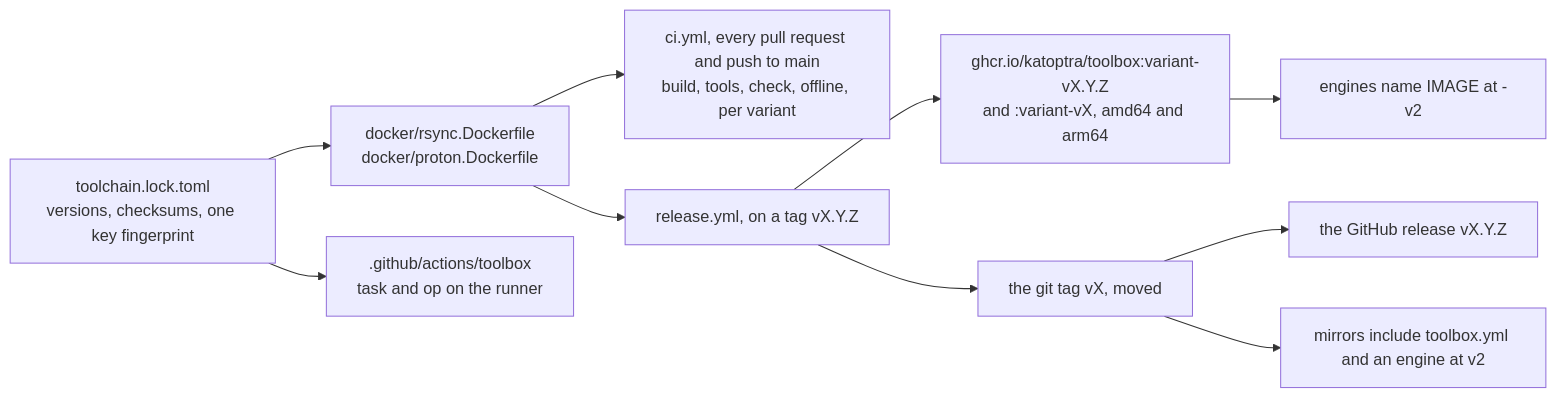
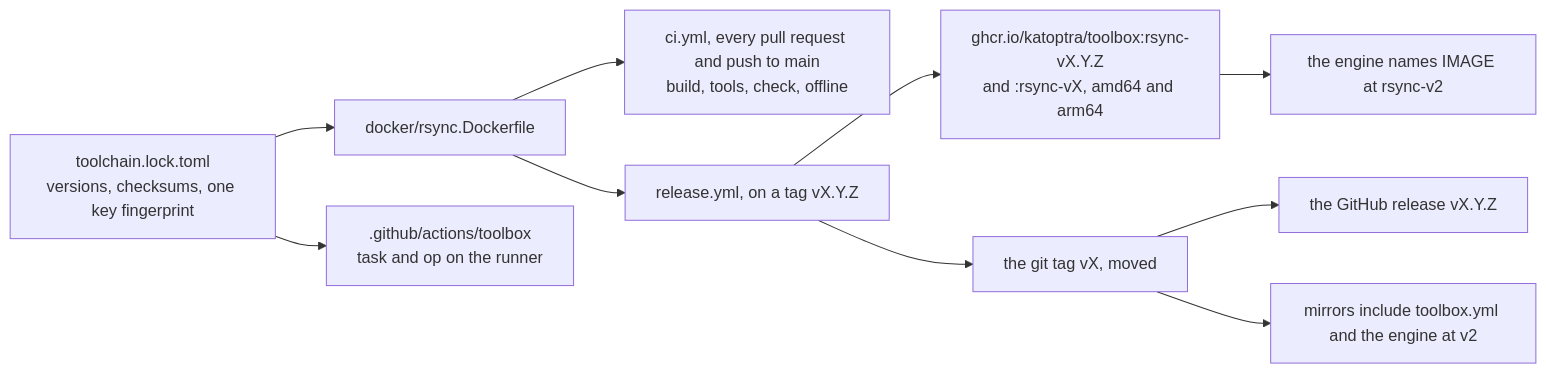
One commit to katoptra/lib changed the ninth of 10 diagrams in README.md. Above: the diagram before and after it, drawn with Mermaid. The commit also changed other lines of this file and 17 other files, not shown here.

First line of the commit message:
feat(engines): drop the proton engine and its image (#33)

````diff
--- a/README.md
+++ b/README.md
@@ -1097,12 +942,12 @@
 ```mermaid
 flowchart LR
-  lock["toolchain.lock.toml<br/>versions, checksums, one key fingerprint"] --> df["docker/rsync.Dockerfile<br/>docker/proton.Dockerfile"]
+  lock["toolchain.lock.toml<br/>versions, checksums, one key fingerprint"] --> df["docker/rsync.Dockerfile"]
   lock --> act[".github/actions/toolbox<br/>task and op on the runner"]
-  df --> ci["ci.yml, every pull request and push to main<br/>build, tools, check, offline, per variant"]
+  df --> ci["ci.yml, every pull request and push to main<br/>build, tools, check, offline"]
   df --> rel["release.yml, on a tag vX.Y.Z"]
-  rel --> ghcr["ghcr.io/katoptra/toolbox:variant-vX.Y.Z<br/>and :variant-vX, amd64 and arm64"]
+  rel --> ghcr["ghcr.io/katoptra/toolbox:rsync-vX.Y.Z<br/>and :rsync-vX, amd64 and arm64"]
   rel --> tag["the git tag vX, moved"]
   tag --> gr["the GitHub release vX.Y.Z"]
-  tag --> inc["mirrors include toolbox.yml and an engine at v2"]
-  ghcr --> img["engines name IMAGE at -v2"]
+  tag --> inc["mirrors include toolbox.yml and the engine at v2"]
+  ghcr --> img["the engine names IMAGE at rsync-v2"]
 ```
````
